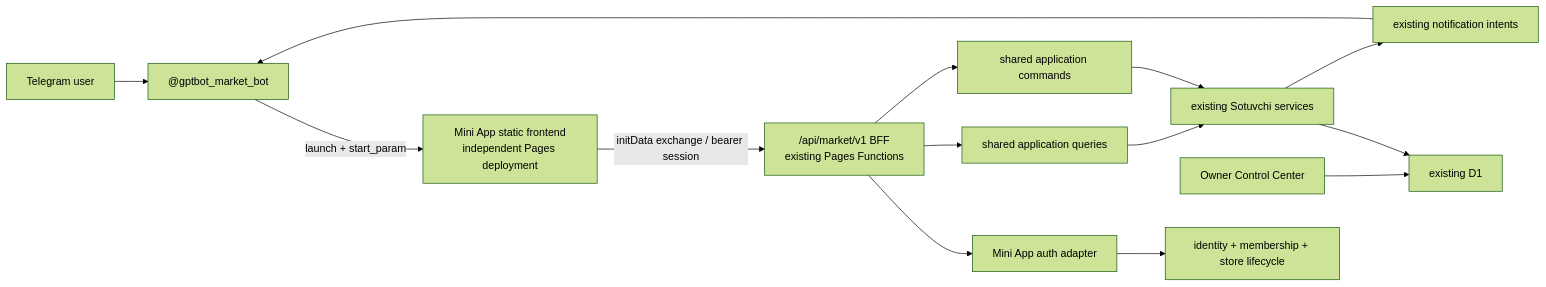
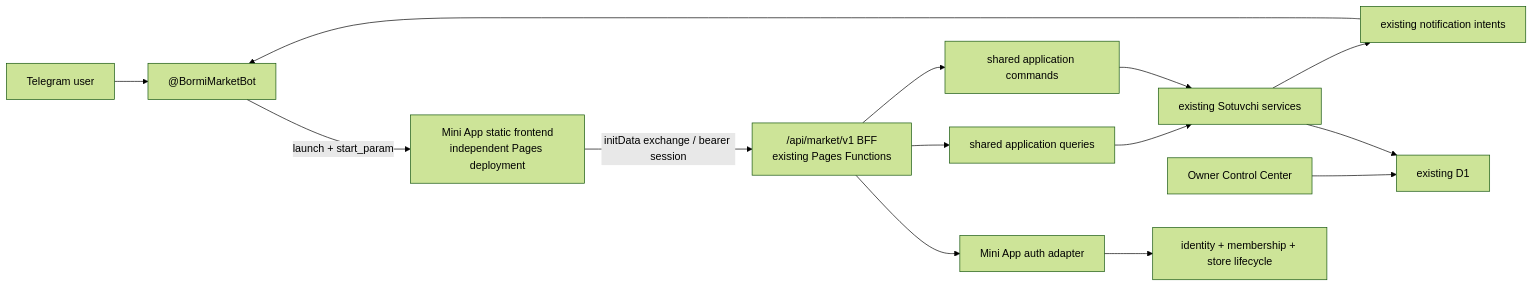
One commit to braindiggeruz/ai-direct-pro-landing changed the diagram in docs/agents-platform/mini-app/GPTBOT_MARKET_MINI_APP_TARGET_ARCHITECTURE.md. Above: the diagram before and after it, drawn with Mermaid (forest theme). The commit also changed 8 other files, not shown here.

Commit message:
docs(telegram): record BormiMarketBot production cutover

````diff
--- a/docs/agents-platform/mini-app/GPTBOT_MARKET_MINI_APP_TARGET_ARCHITECTURE.md
+++ b/docs/agents-platform/mini-app/GPTBOT_MARKET_MINI_APP_TARGET_ARCHITECTURE.md
@@ -11,16 +11,16 @@
 ```mermaid
 flowchart LR
-  U["Telegram user"] --> BOT["@gptbot_market_bot"]
+  U["Telegram user"] --> BOT["@BormiMarketBot"]
   BOT -->|"launch + start_param"| APP["Mini App static frontend\nindependent Pages deployment"]
   APP -->|"initData exchange / bearer session"| BFF["/api/market/v1 BFF\nexisting Pages Functions"]
   BFF --> AUTH["Mini App auth adapter"]
   AUTH --> ID["identity + membership + store lifecycle"]
   BFF --> Q["shared application queries"]
   BFF --> C["shared application commands"]
   Q --> DOMAIN["existing Sotuvchi services"]
   C --> DOMAIN
   DOMAIN --> D1["existing D1"]
   DOMAIN --> OUTBOX["existing notification intents"]
   OUTBOX --> BOT
   OCC["Owner Control Center"] --> D1
 ```
````
